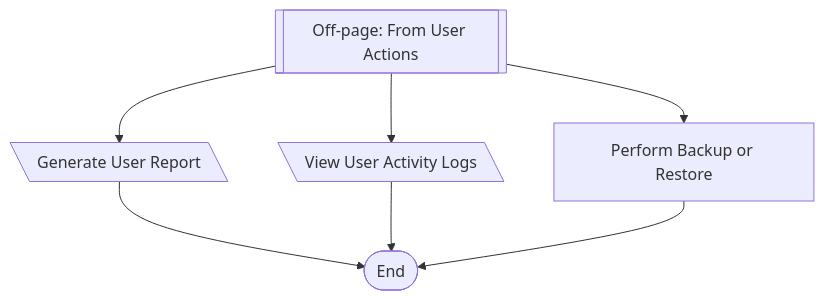
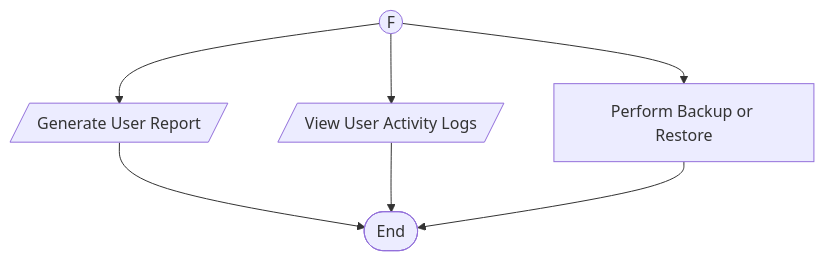
Diagram 17 of 33 in Manuscript/diagrams.md (Jechrispotato/Refractor), drawn with Mermaid before and after one commit. The commit also changed other lines of this file and 2 other files, not shown here.

````diff
--- a/Manuscript/diagrams.md
+++ b/Manuscript/diagrams.md
@@ -340,10 +340,10 @@
 ```mermaid
 flowchart TD
-    OP2[[Off-page: From User Actions]] --> Report[\Generate User Report\]
-    OP2 --> Logs[\View User Activity Logs\]
+    OP2((F)) --> Report[/Generate User Report/]
+    OP2 --> Logs[/View User Activity Logs/]
     OP2 --> Backup[Perform Backup or Restore]
 
     Report --> End([End])
     Logs --> End
     Backup --> End
 ```
````
